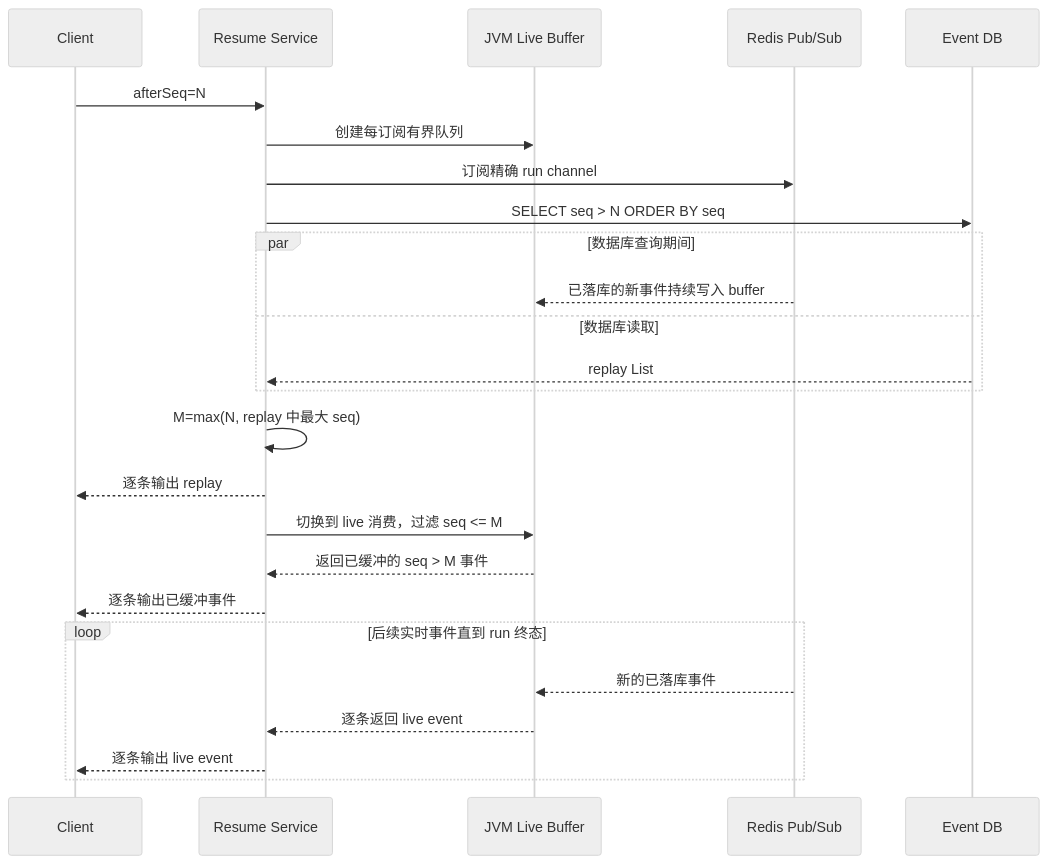
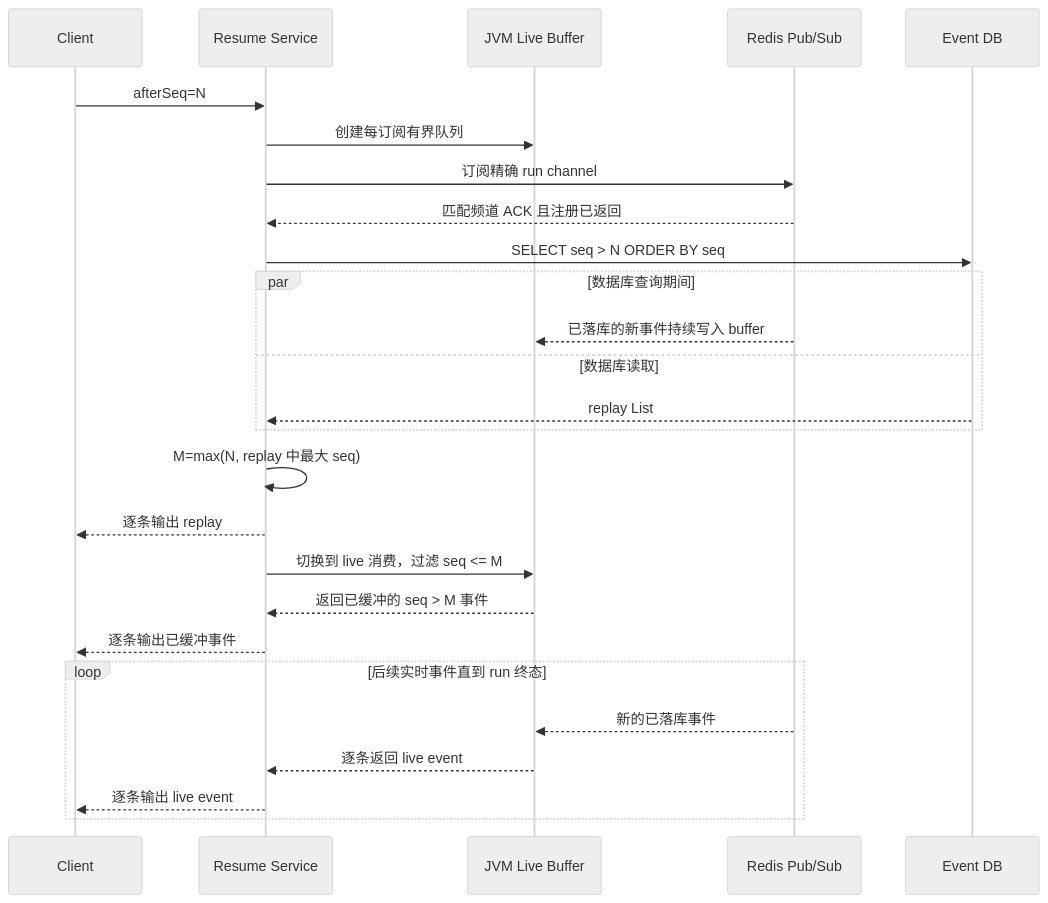
One commit to kunben-duck/exweb changed the third of 4 diagrams in docs/architecture/chat-streaming-and-resume.md. Above: the diagram before and after it, drawn with Mermaid (neutral theme). The commit also changed other lines of this file and 9 other files, not shown here.

Commit message:
fix: harden Redis live subscription lifecycle and resume recovery

````diff
--- a/docs/architecture/chat-streaming-and-resume.md
+++ b/docs/architecture/chat-streaming-and-resume.md
@@ -664,28 +695,29 @@
 ```mermaid
 sequenceDiagram
     participant Client
     participant Resume as Resume Service
     participant Buffer as JVM Live Buffer
     participant Redis as Redis Pub/Sub
     participant DB as Event DB
 
     Client->>Resume: afterSeq=N
     Resume->>Buffer: 创建每订阅有界队列
     Resume->>Redis: 订阅精确 run channel
+    Redis-->>Resume: 匹配频道 ACK 且注册已返回
     Resume->>DB: SELECT seq > N ORDER BY seq
     par 数据库查询期间
         Redis-->>Buffer: 已落库的新事件持续写入 buffer
     and 数据库读取
         DB-->>Resume: replay List
     end
     Resume->>Resume: M=max(N, replay 中最大 seq)
     Resume-->>Client: 逐条输出 replay
     Resume->>Buffer: 切换到 live 消费，过滤 seq <= M
     Buffer-->>Resume: 返回已缓冲的 seq > M 事件
     Resume-->>Client: 逐条输出已缓冲事件
     loop 后续实时事件直到 run 终态
         Redis-->>Buffer: 新的已落库事件
         Buffer-->>Resume: 逐条返回 live event
         Resume-->>Client: 逐条输出 live event
     end
 ```
````
